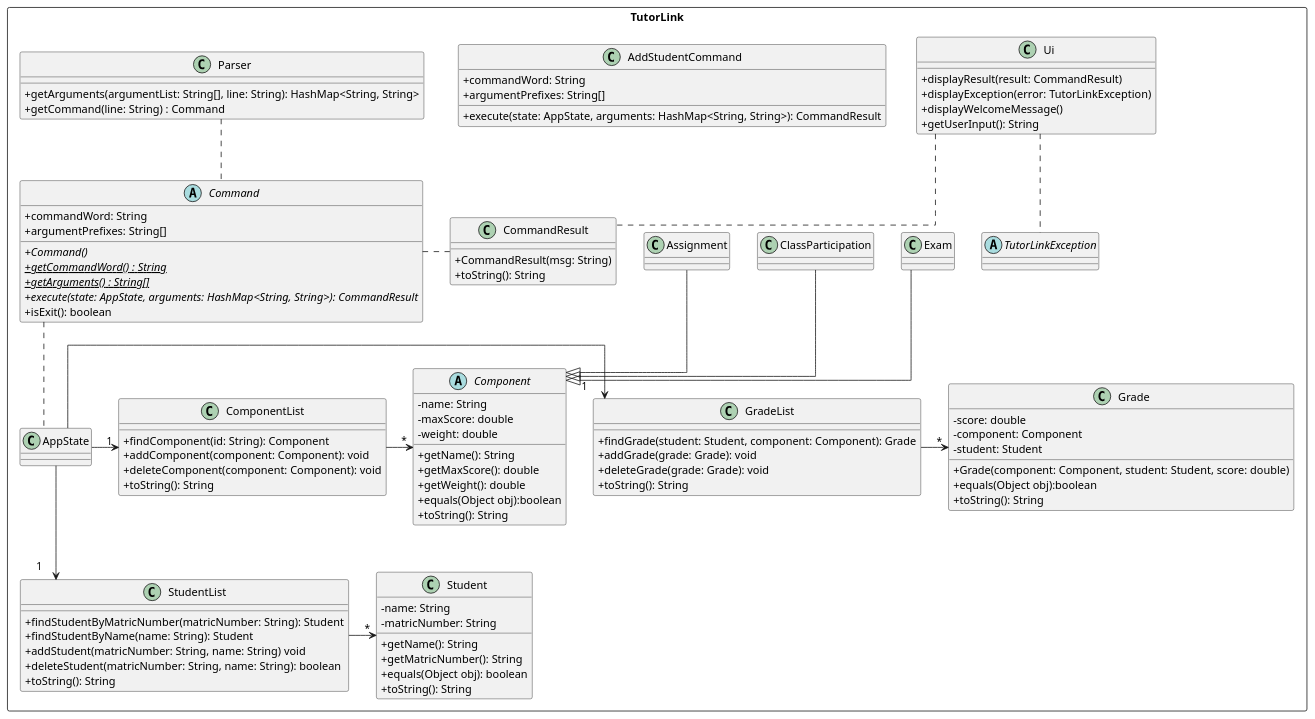
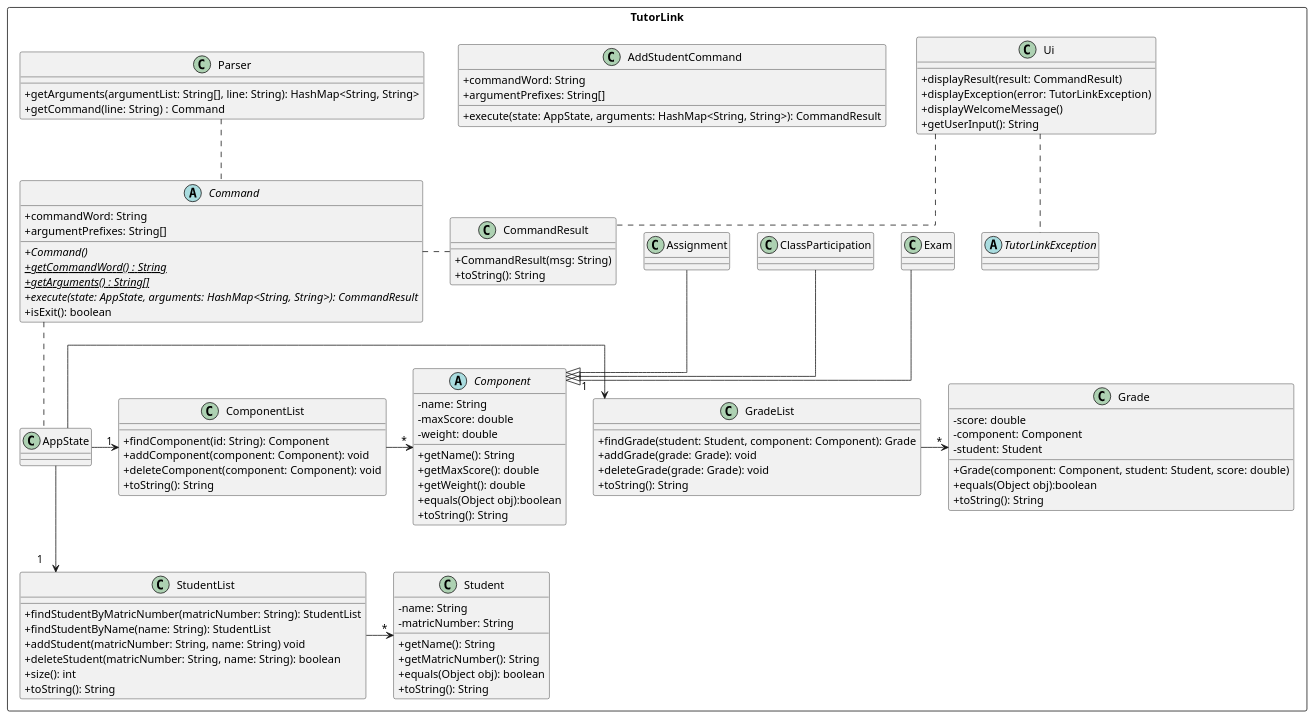
Before and after one commit to yeekian/tp: the diagram in docs/diagrams/Assets.puml, drawn with PlantUML. The commit also changed 7 other files, not shown here.

Commit message:
Edit command, UML and stulist auto cap matricNum

```diff
--- a/docs/diagrams/Assets.puml
+++ b/docs/diagrams/Assets.puml
@@ -1,126 +1,127 @@
 @startuml App Diagram
 
 'https://plantuml.com/class-diagram
 ' !include Style.puml
 skinparam classAttributeIconSize 0
 skinparam classMethodIconSize 0
 skinparam linetype ortho
 
 package TutorLink <<Rectangle>>{
 
 class CommandResult {
     + CommandResult(msg: String)
     + toString(): String
 }
 
 class Ui {
     + displayResult(result: CommandResult)
     + displayException(error: TutorLinkException)
     + displayWelcomeMessage()
     + getUserInput(): String
 }
 
 Ui .. CommandResult
 
 Ui .. TutorLinkException
 
 abstract class TutorLinkException
 
 abstract class Command {
     + commandWord: String
     + argumentPrefixes: String[]
     + Command() {abstract}
     + {abstract}{static} getCommandWord() : String
     + {abstract}{static} getArguments() : String[]
     + execute(state: AppState, arguments: HashMap<String, String>): CommandResult {abstract}
     + isExit(): boolean
 }
 
 class AddStudentCommand{
     +commandWord: String
     +argumentPrefixes: String[]
     +execute(state: AppState, arguments: HashMap<String, String>): CommandResult
 }
 
 Command ..right.. CommandResult
 
 
 abstract class Component {
     - name: String
     - maxScore: double
     - weight: double
     + getName(): String
     + getMaxScore(): double
     + getWeight(): double
     + equals(Object obj):boolean
     + toString(): String
 }
 class Exam
 class ClassParticipation
 class Assignment
 
 Exam --|> Component
 ClassParticipation --|> Component
 Assignment --|> Component
 
 
 class Student{
     - name: String
     - matricNumber: String
     + getName(): String
     + getMatricNumber(): String
     + equals(Object obj): boolean
     + toString(): String
 }
 
 class Grade{
     - score: double
     - component: Component
     - student: Student
     + Grade(component: Component, student: Student, score: double)
     + equals(Object obj):boolean
     + toString(): String
 }
 
 
 class AppState
 class GradeList{
     + findGrade(student: Student, component: Component): Grade
     + addGrade(grade: Grade): void
     + deleteGrade(grade: Grade): void
     + toString(): String
 }
 class StudentList {
-    + findStudentByMatricNumber(matricNumber: String): Student
-    + findStudentByName(name: String): Student
+    + findStudentByMatricNumber(matricNumber: String): StudentList
+    + findStudentByName(name: String): StudentList
     + addStudent(matricNumber: String, name: String) void
     + deleteStudent(matricNumber: String, name: String): boolean
+    + size(): int
     + toString(): String
 }
 class ComponentList {
     + findComponent(id: String): Component
     + addComponent(component: Component): void
     + deleteComponent(component: Component): void
     + toString(): String
 }
 
 AppState -> "1" GradeList
 AppState --> "1" StudentList
 AppState -> "1" ComponentList
 
 GradeList -> "*" Grade
 ComponentList -> "*" Component
 StudentList -> "*" Student
 
 Command .. AppState
 
 class Parser {
     + getArguments(argumentList: String[], line: String): HashMap<String, String>
     + getCommand(line: String) : Command
 }
 
 Parser .. Command
 
 }
 
 @enduml
```
